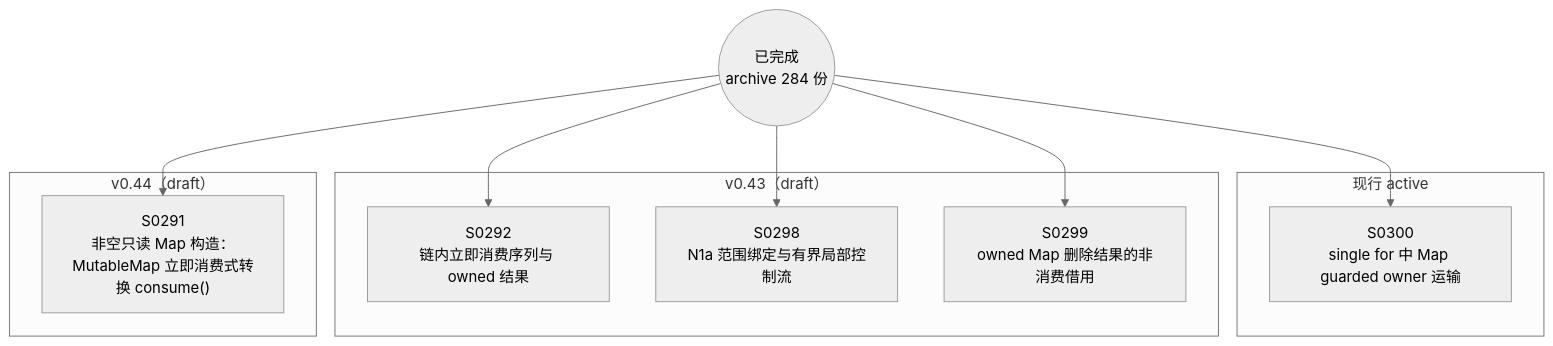
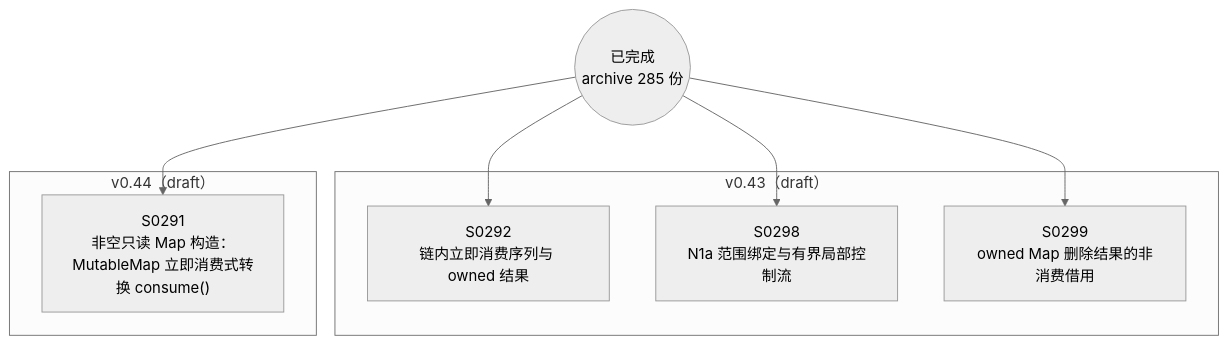
The diagram in docs/specs/dependency-graph.md (Halckon/Koven), drawn with Mermaid (neutral theme) before and after one commit. The commit also changed other lines of this file and 9 other files, not shown here.

Commit message:
docs(spec): archive bounded single Map loop owner carry (SPEC-0300)

````diff
--- a/docs/specs/dependency-graph.md
+++ b/docs/specs/dependency-graph.md
@@ -9,20 +9,16 @@
 ```mermaid
 flowchart TD
-ARCH(("已完成<br/>archive 284 份"))
-subgraph Gactive["现行 active"]
-  S0300["S0300<br/>single for 中 Map guarded owner 运输"]
-end
+ARCH(("已完成<br/>archive 285 份"))
 subgraph Gdrafts_v043["v0.43（draft）"]
   S0292["S0292<br/>链内立即消费序列与 owned 结果"]
   S0298["S0298<br/>N1a 范围绑定与有界局部控制流"]
   S0299["S0299<br/>owned Map 删除结果的非消费借用"]
 end
 subgraph Gdrafts_v044["v0.44（draft）"]
   S0291["S0291<br/>非空只读 Map 构造：MutableMap 立即消费式转换 consume()"]
 end
 ARCH --> S0291
 ARCH --> S0292
 ARCH --> S0298
 ARCH --> S0299
-ARCH --> S0300
 ```
````
